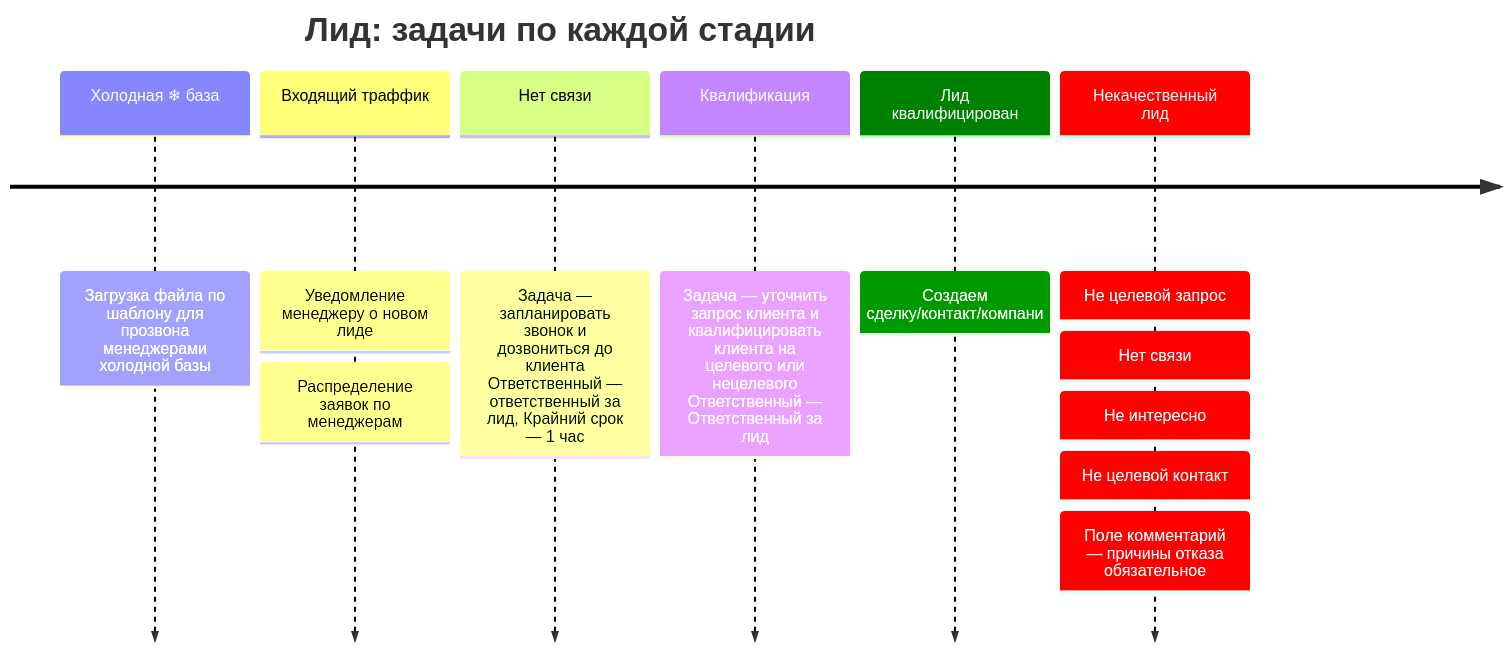
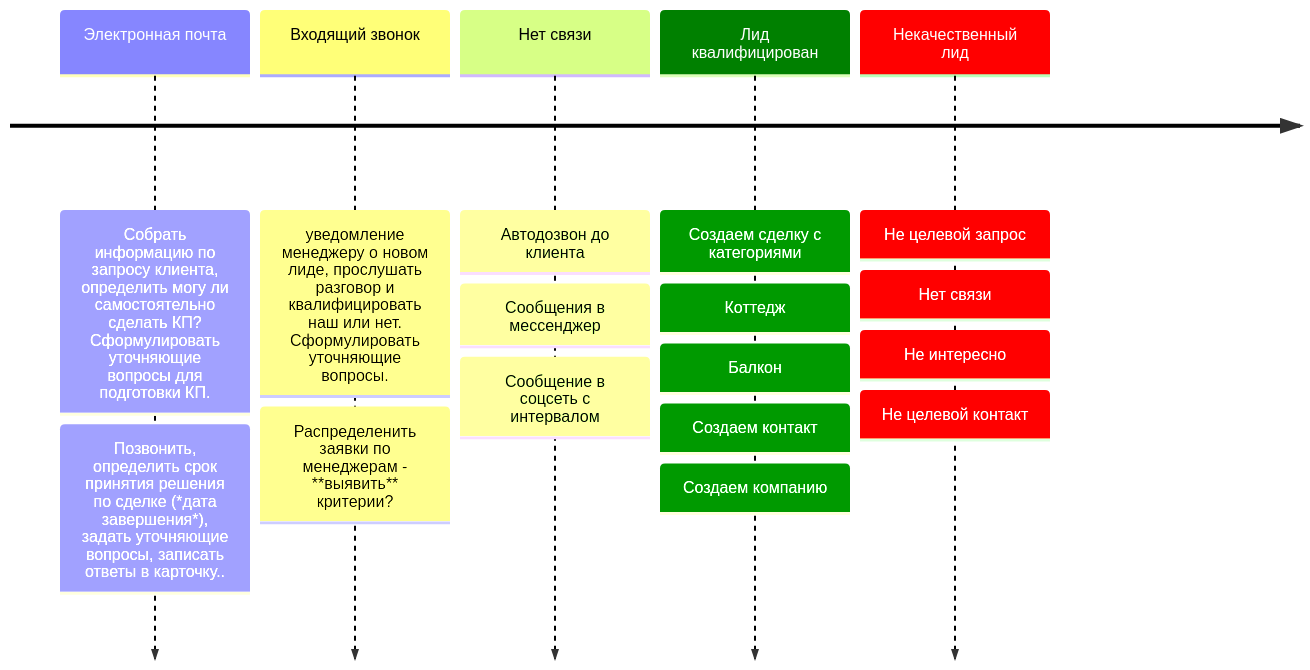
Before and after one commit to NazarovKI/knowledge: the first of 3 diagrams in content/processing.md, drawn with Mermaid. The commit also changed other lines of this file and 4 other files, not shown here.

````diff
--- a/content/processing.md
+++ b/content/processing.md
@@ -8,21 +9,20 @@
-```mermaid timeline
----
+```mermaid 
+--- 
 config: 
   logLevel: 'debug' 
   theme: 'default' 
   themeVariables: 
-    cScale5: '#ff0000' 
-    cScaleLabel5: '#ffffff'  
-    cScale4: '#008000' 
+    cScale4: '#ff0000' 
     cScaleLabel4: '#ffffff'  
+    cScale3: '#008000' 
+    cScaleLabel3: '#ffffff'  
 ---
 timeline
-    title Лид: задачи по каждой стадии
-    Холодная ❄ база : Загрузка файла по шаблону для прозвона менеджерами холодной базы
-	Входящий траффик : Уведомление менеджеру о новом лиде
-         : Распределение заявок по менеджерам
-    Нет связи : Задача — запланировать звонок и дозвониться до клиента Ответственный — ответственный за лид, Крайний срок — 1 час
-    Квалификация : Задача — уточнить запрос клиента и квалифицировать клиента на целевого или нецелевого Ответственный — Ответственный за лид
-    Лид квалифицирован : Создаем сделку/контакт/компани
-    Некачественный лид : Не целевой запрос : Нет связи : Не интересно : Не целевой контакт : Поле комментарий — причины отказа обязательное
+Электронная почта : Собрать информацию по запросу клиента, определить могу ли самостоятельно сделать КП? Сформулировать уточняющие вопросы для подготовки КП.
+	: Позвонить, определить срок принятия решения по сделке (*дата завершения*), задать уточняющие вопросы, записать ответы в карточку..
+Входящий звонок : уведомление менеджеру о новом лиде, прослушать разговор и квалифицировать наш или нет. Сформулировать уточняющие вопросы.
+	: Распределенить заявки по менеджерам - **выявить** критерии?
+Нет связи : Автодозвон до клиента : Сообщения в мессенджер : Сообщение в соцсеть с интервалом    
+Лид квалифицирован : Создаем сделку с категориями: Коттедж : Балкон : Создаем контакт : Создаем компанию 
+Некачественный лид : Не целевой запрос : Нет связи : Не интересно : Не целевой контакт
 ```
````
